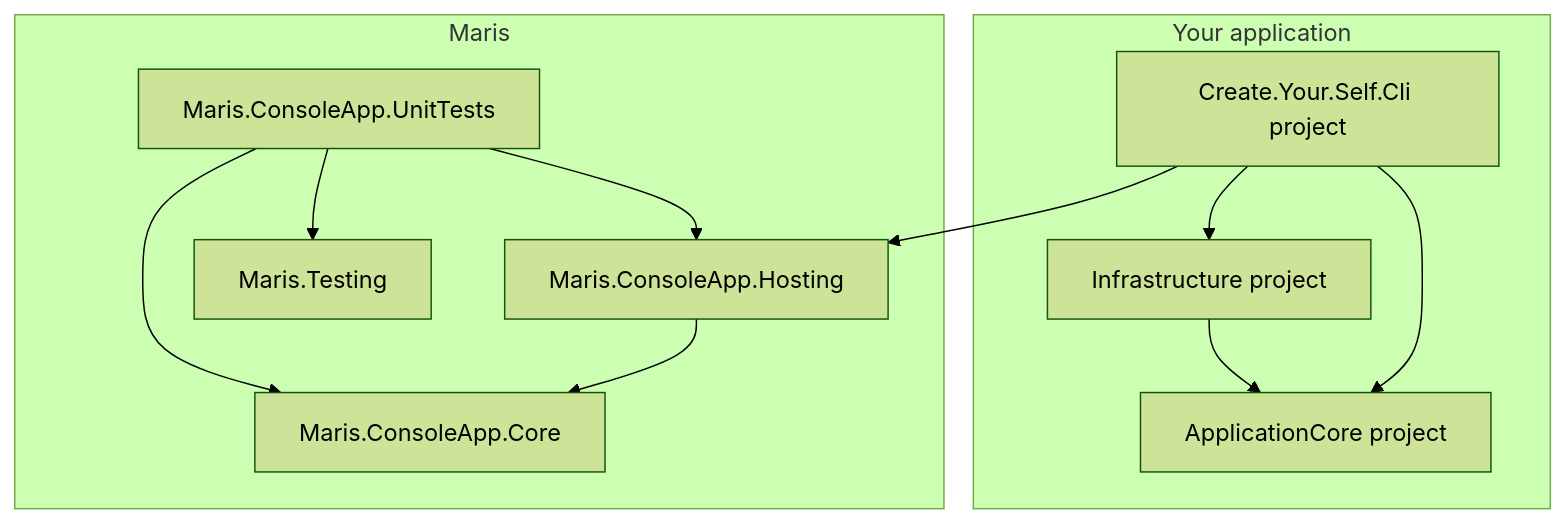
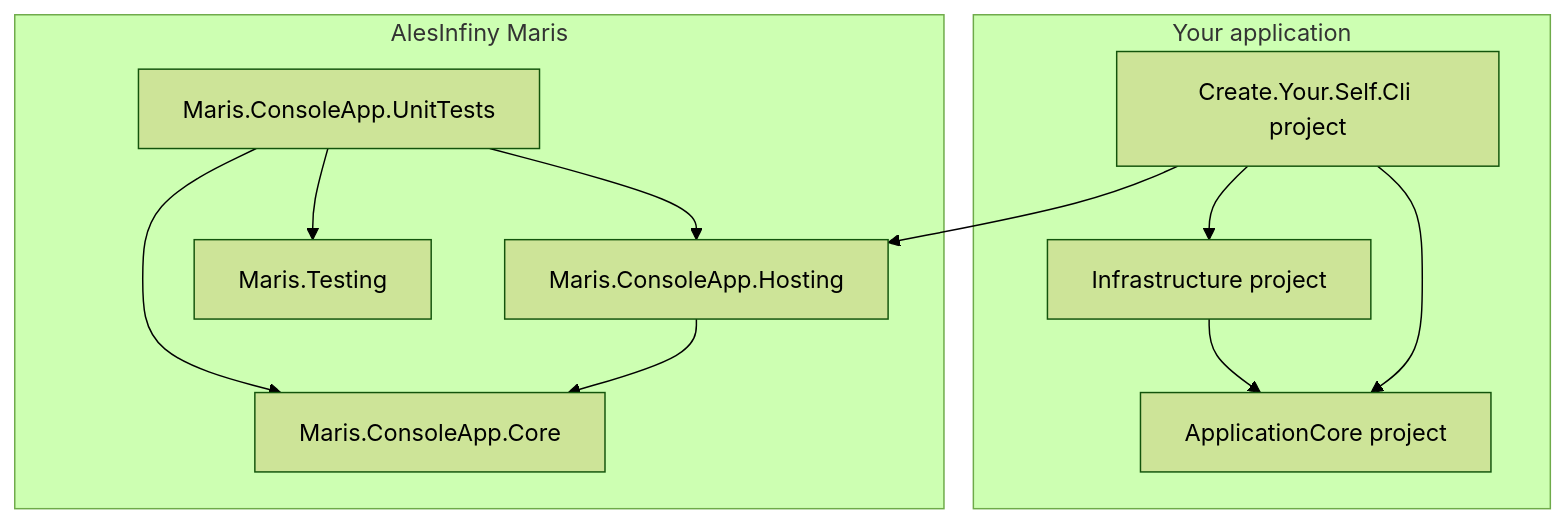
The first of 2 diagrams in samples/ConsoleAppWithDI/solution/README.md (AlesInfiny/maris), drawn with Mermaid (forest theme) before and after one commit. The commit also changed 2 other files, not shown here.

Commit message:
fix Maris to AlesInfiny Maris

````diff
--- a/samples/ConsoleAppWithDI/solution/README.md
+++ b/samples/ConsoleAppWithDI/solution/README.md
@@ -602,22 +602,22 @@
 ```mermaid
 flowchart TD
     Cli[Create.Your.Self.Cli project]
     Biz[ApplicationCore project]
     Infra[Infrastructure project]
     Host[Maris.ConsoleApp.Hosting]
     Core[Maris.ConsoleApp.Core]
     UnitTests[Maris.ConsoleApp.UnitTests]
     TestLib[Maris.Testing]
     subgraph Your application
     Cli-->Biz
     Cli-->Infra
     Infra-->Biz
     end
     Cli-->Host
-    subgraph Maris
+    subgraph AlesInfiny Maris
     Host-->Core
     UnitTests-->Core
     UnitTests-->Host
     UnitTests-->TestLib
     end
 ```
````
